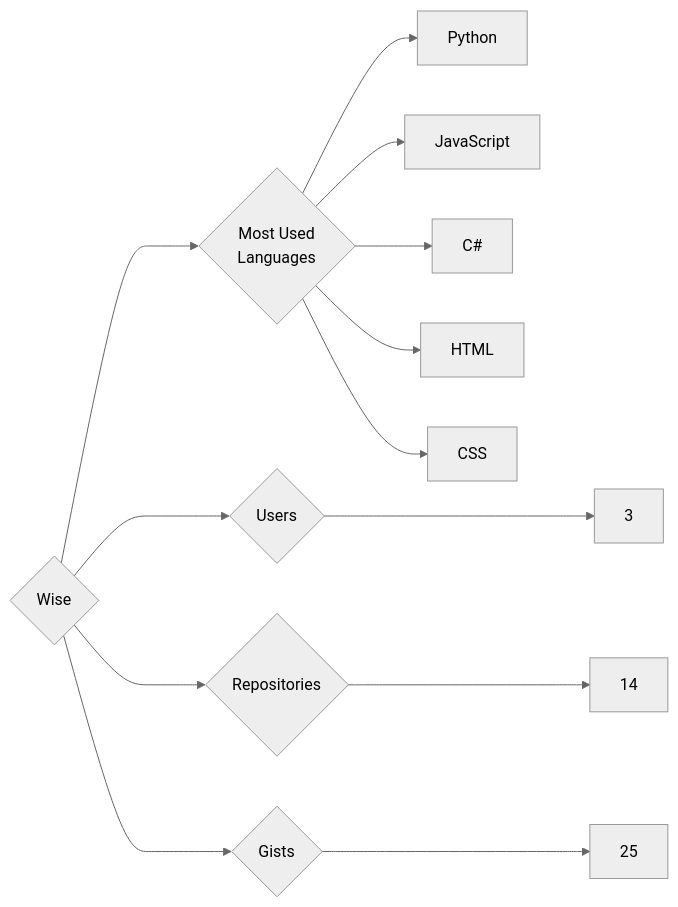
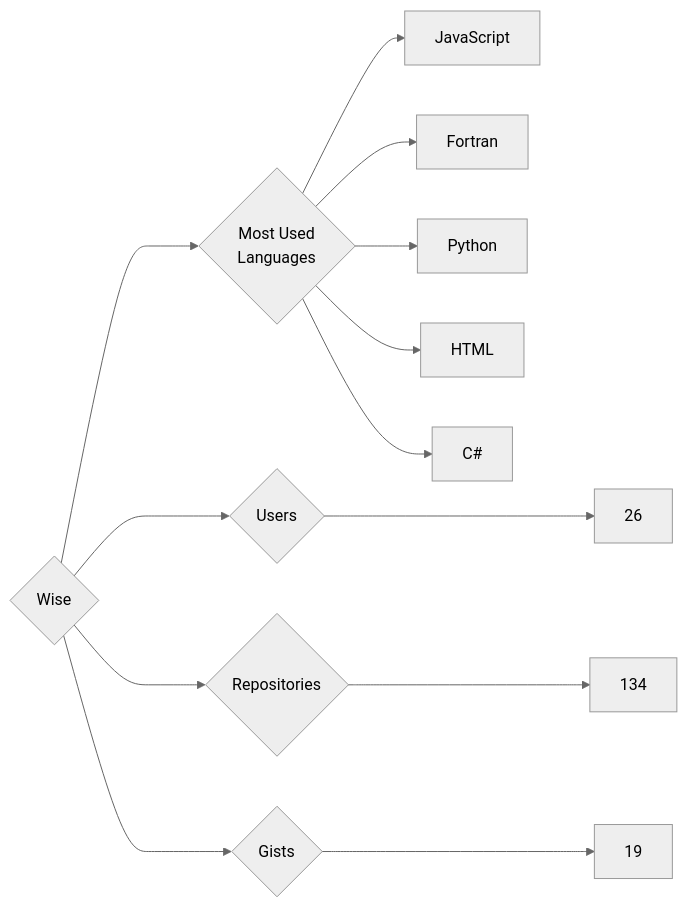
Before and after one commit to trickest/insiders: the diagram in targets/Wise/README.md, drawn with Mermaid (neutral theme). The commit also changed 799 other files, not shown here.

````diff
--- a/targets/Wise/README.md
+++ b/targets/Wise/README.md
@@ -3,13 +3,13 @@
 ```mermaid
 graph LR
 COMPANY_NAME{Wise}
-COMPANY_NAME ---> U{Users} ---> UN[3]
-COMPANY_NAME ---> R{Repositories} ---> RN[14]
-COMPANY_NAME ---> G{Gists} ---> GN[25]
+COMPANY_NAME ---> U{Users} ---> UN[26]
+COMPANY_NAME ---> R{Repositories} ---> RN[134]
+COMPANY_NAME ---> G{Gists} ---> GN[19]
 COMPANY_NAME ---> ML{Most Used<br>Languages}
+ML --> JavaScript[JavaScript]
+ML --> Fortran[Fortran]
 ML --> Python[Python]
-ML --> JavaScript[JavaScript]
+ML --> HTML[HTML]
 ML --> C#[C#]
-ML --> HTML[HTML]
-ML --> CSS[CSS]
 ```
````
